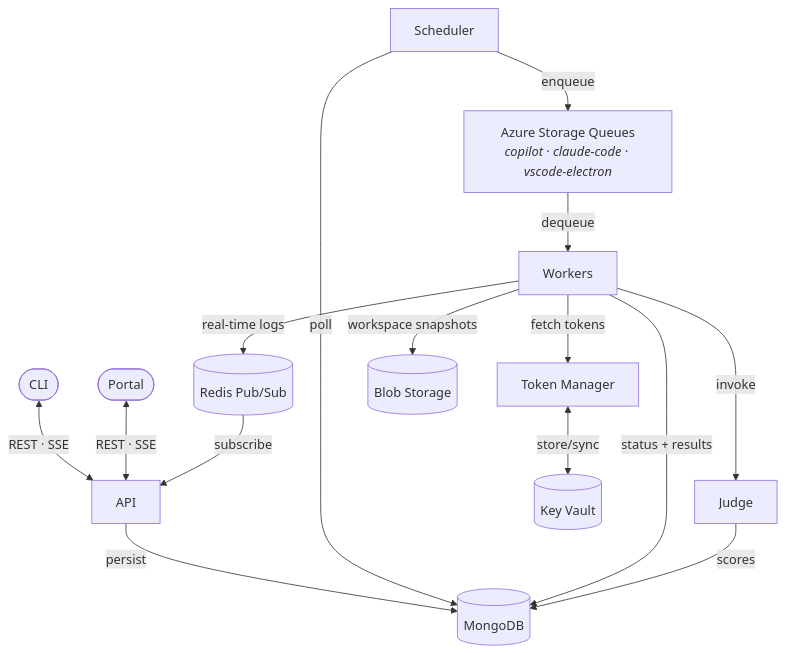
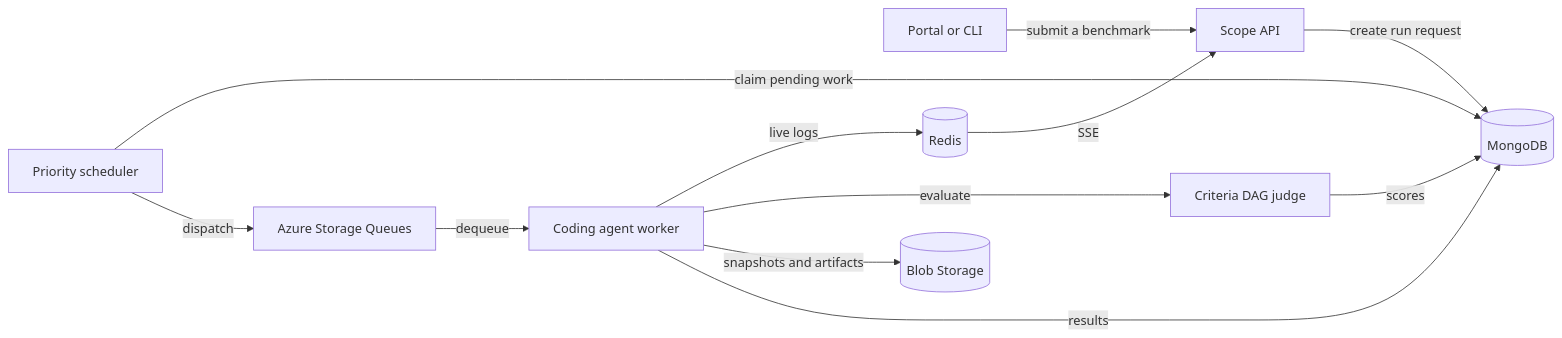
One commit to Gile987/scope changed the diagram in README.md. Above: the diagram before and after it, drawn with Mermaid. The commit also changed other lines of this file and 2 other files, not shown here.

First line of the commit message:
docs: refresh Scope README

````diff
--- a/README.md
+++ b/README.md
@@ -43,31 +71,14 @@
 ```mermaid
-flowchart TB
-    CLI([CLI])
-    Portal([Portal])
-    API[API]
-    Scheduler[Scheduler]
-    Judge[Judge]
-    TM[Token Manager]
-
-    Queues["Azure Storage Queues<br/><i>copilot · claude-code · vscode-electron</i>"]
-
-    MongoDB[(MongoDB)]
-    Redis[(Redis Pub/Sub)]
-    Blob[(Blob Storage)]
-    KV[(Key Vault)]
-
-    CLI <-->|REST · SSE| API
-    Portal <-->|REST · SSE| API
-    API -->|persist| MongoDB
-    Scheduler -->|poll| MongoDB
-    Scheduler -->|enqueue| Queues
-    Queues -->|dequeue| Workers
-    Workers -->|status + results| MongoDB
-    Workers -->|real-time logs| Redis
-    Workers -->|workspace snapshots| Blob
-    Workers -->|fetch tokens| TM
-    Workers -->|invoke| Judge
-    Judge -->|scores| MongoDB
-    Redis -->|subscribe| API
-    TM <-->|store/sync| KV
+flowchart LR
+    User["Portal or CLI"] -->|submit a benchmark| API["Scope API"]
+    API -->|create run request| DB[("MongoDB")]
+    Scheduler["Priority scheduler"] -->|claim pending work| DB
+    Scheduler -->|dispatch| Queue["Azure Storage Queues"]
+    Queue -->|dequeue| Worker["Coding agent worker"]
+    Worker -->|live logs| Redis[("Redis")]
+    Redis -->|SSE| API
+    Worker -->|evaluate| Judge["Criteria DAG judge"]
+    Judge -->|scores| DB
+    Worker -->|snapshots and artifacts| Blob[("Blob Storage")]
+    Worker -->|results| DB
 ```
````
